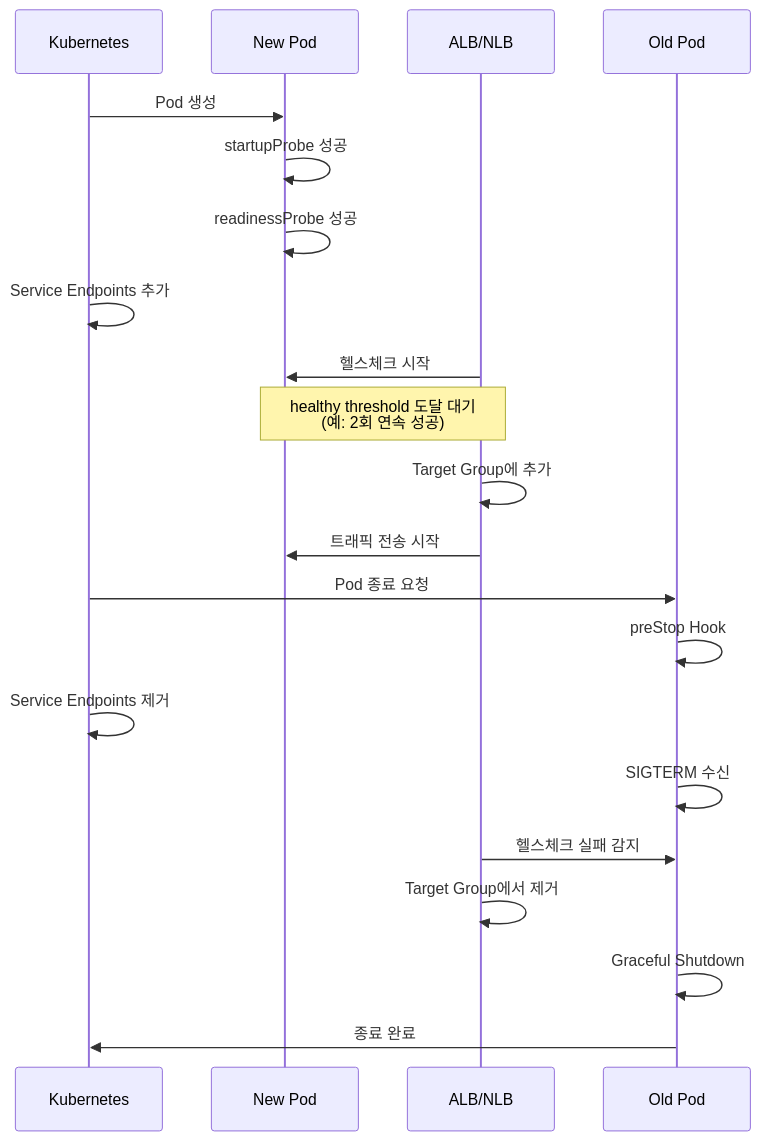
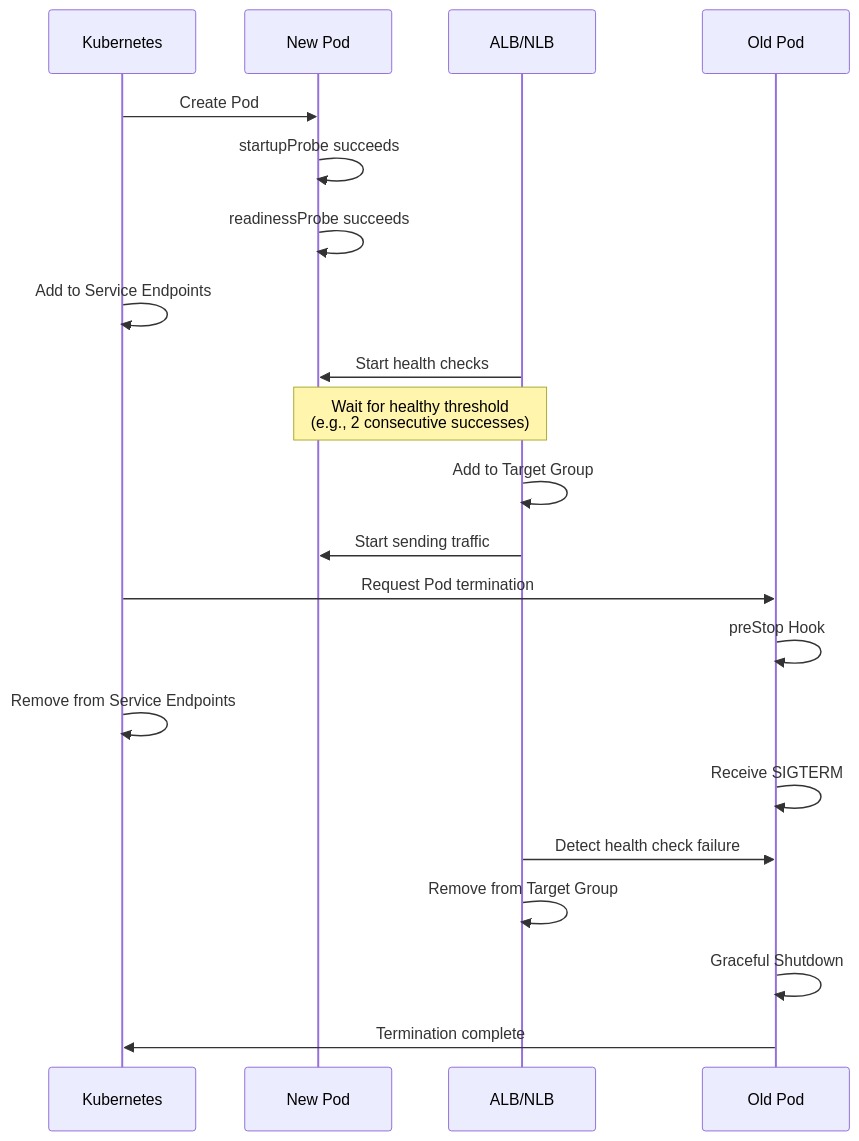
One commit to devfloor9/engineering-playbook changed the first of 2 diagrams in docs/eks-best-practices/operations-reliability/pod-lifecycle/probe-load-balancers.md. Above: the diagram before and after it, drawn with Mermaid. The commit also changed other lines of this file and 954 other files, not shown here.

````diff
--- a/docs/eks-best-practices/operations-reliability/pod-lifecycle/probe-load-balancers.md
+++ b/docs/eks-best-practices/operations-reliability/pod-lifecycle/probe-load-balancers.md
@@ -39,25 +39,25 @@
 ```mermaid
 sequenceDiagram
     participant K8s as Kubernetes
     participant Pod as New Pod
     participant LB as ALB/NLB
     participant Old as Old Pod
 
-    K8s->>Pod: Pod 생성
-    Pod->>Pod: startupProbe 성공
-    Pod->>Pod: readinessProbe 성공
-    K8s->>K8s: Service Endpoints 추가
-    LB->>Pod: 헬스체크 시작
-    Note over LB,Pod: healthy threshold 도달 대기<br/>(예: 2회 연속 성공)
-    LB->>LB: Target Group에 추가
-    LB->>Pod: 트래픽 전송 시작
+    K8s->>Pod: Create Pod
+    Pod->>Pod: startupProbe succeeds
+    Pod->>Pod: readinessProbe succeeds
+    K8s->>K8s: Add to Service Endpoints
+    LB->>Pod: Start health checks
+    Note over LB,Pod: Wait for healthy threshold<br/>(e.g., 2 consecutive successes)
+    LB->>LB: Add to Target Group
+    LB->>Pod: Start sending traffic
 
-    K8s->>Old: Pod 종료 요청
+    K8s->>Old: Request Pod termination
     Old->>Old: preStop Hook
-    K8s->>K8s: Service Endpoints 제거
-    Old->>Old: SIGTERM 수신
-    LB->>Old: 헬스체크 실패 감지
-    LB->>LB: Target Group에서 제거
+    K8s->>K8s: Remove from Service Endpoints
+    Old->>Old: Receive SIGTERM
+    LB->>Old: Detect health check failure
+    LB->>LB: Remove from Target Group
     Old->>Old: Graceful Shutdown
-    Old->>K8s: 종료 완료
+    Old->>K8s: Termination complete
 ```
````
